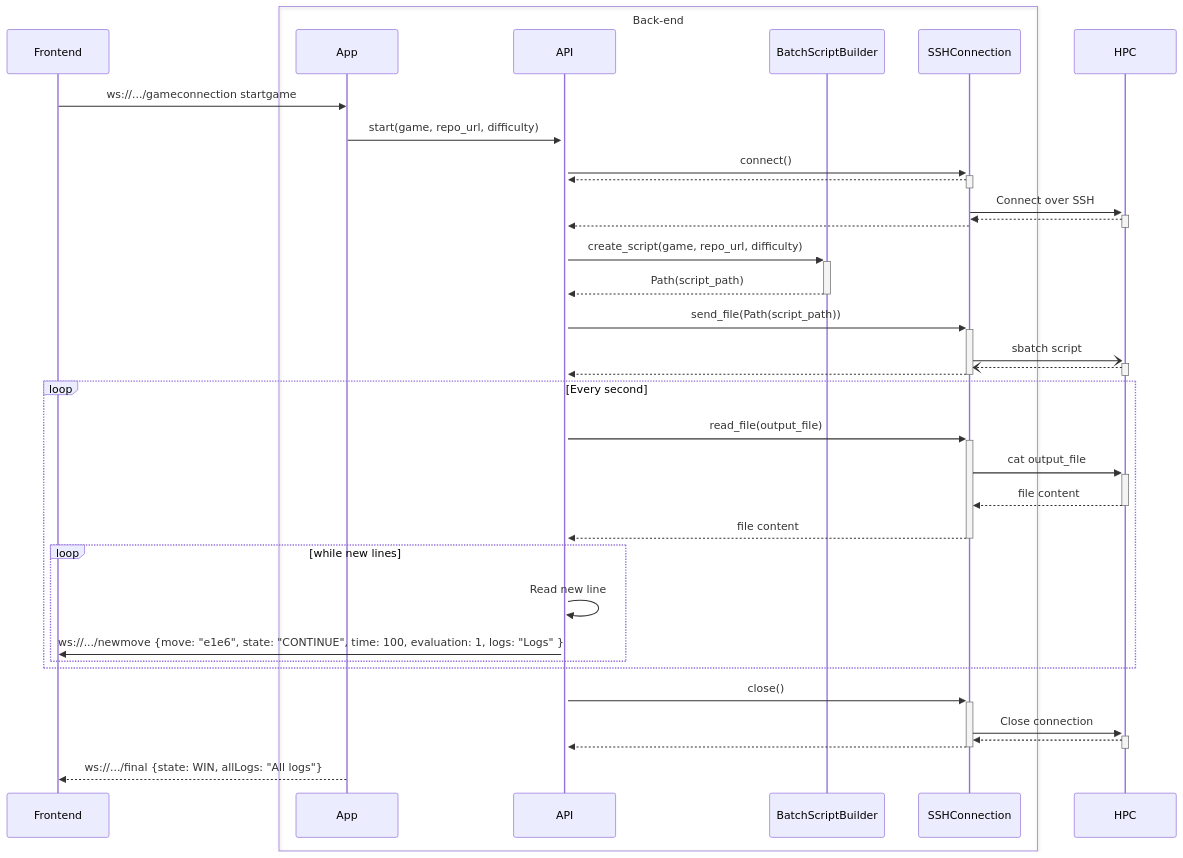
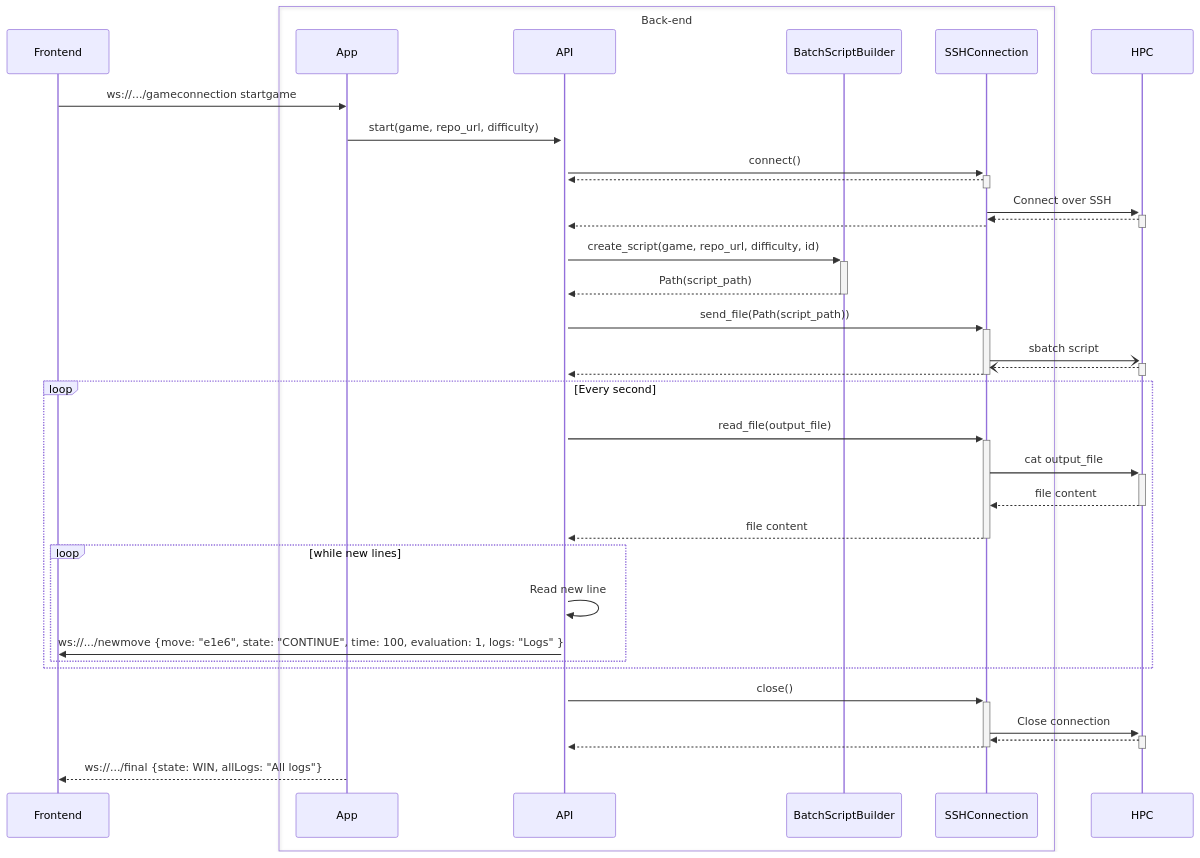
One commit to game-ai-platform-team/tira-ai-platform changed the second of 5 diagrams in docs/architecture.md. Above: the diagram before and after it, drawn with Mermaid. The commit also changed other lines of this file and 1 other file, not shown here.

Commit message:
docs(#111): Add id to BatchScriptBulder

````diff
--- a/docs/architecture.md
+++ b/docs/architecture.md
@@ -53,49 +53,49 @@
 ```mermaid
 sequenceDiagram
 
 participant Frontend
 
 box Back-end
     participant App
     participant API
     participant BatchScriptBuilder
     participant SSHConnection
 end
 
 Frontend ->> App: ws://.../gameconnection startgame
 
 App ->>+ API: start(game, repo_url, difficulty)
 API ->>+ SSHConnection: connect()
 SSHConnection -->>- API: 
 
 SSHConnection ->>+ HPC: Connect over SSH
 HPC -->>- SSHConnection: 
 
 SSHConnection -->> API: 
-API ->>+ BatchScriptBuilder: create_script(game, repo_url, difficulty)
+API ->>+ BatchScriptBuilder: create_script(game, repo_url, difficulty, id)
 BatchScriptBuilder -->>- API: Path(script_path)
 
 API ->>+ SSHConnection: send_file(Path(script_path))
 SSHConnection -)+ HPC: sbatch script
 HPC --)- SSHConnection: 
 SSHConnection -->>- API: 
 
 loop Every second
     API ->>+ SSHConnection: read_file(output_file)
     SSHConnection ->>+ HPC: cat output_file
     HPC -->>- SSHConnection: file content
     SSHConnection -->>- API: file content
 
     loop while new lines
         API ->> API: Read new line
         API ->> Frontend: ws://.../newmove {move: "e1e6", state: "CONTINUE", time: 100, evaluation: 1, logs: "Logs" }
     end
 end
 
 API ->>+ SSHConnection: close()
 SSHConnection ->>+ HPC: Close connection
 HPC -->>- SSHConnection: 
 SSHConnection -->>- API: 
 
 App -->> Frontend: ws://.../final {state: WIN, allLogs: "All logs"}
 ```
````
